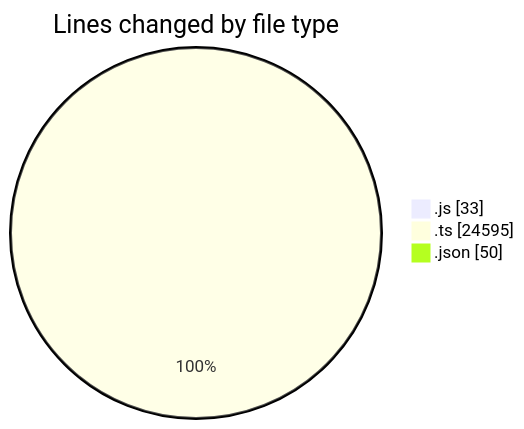
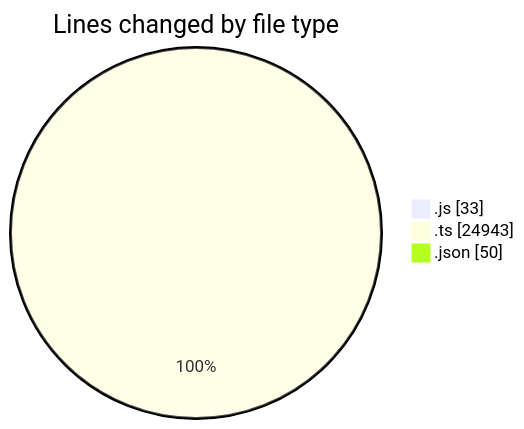
One commit to momahboobian/code-tracking changed the first of 2 diagrams in 2025-09-08/cda/README.md. Above: the diagram before and after it, drawn with Mermaid. The commit also changed other lines of this file and 1 other file, not shown here.

````diff
--- a/2025-09-08/cda/README.md
+++ b/2025-09-08/cda/README.md
@@ -26,7 +27,7 @@
 ```mermaid
 pie showData
 title Lines changed by file type
 ".js" : 33
-".ts" : 24595
+".ts" : 24943
 ".json" : 50
 ```
````
